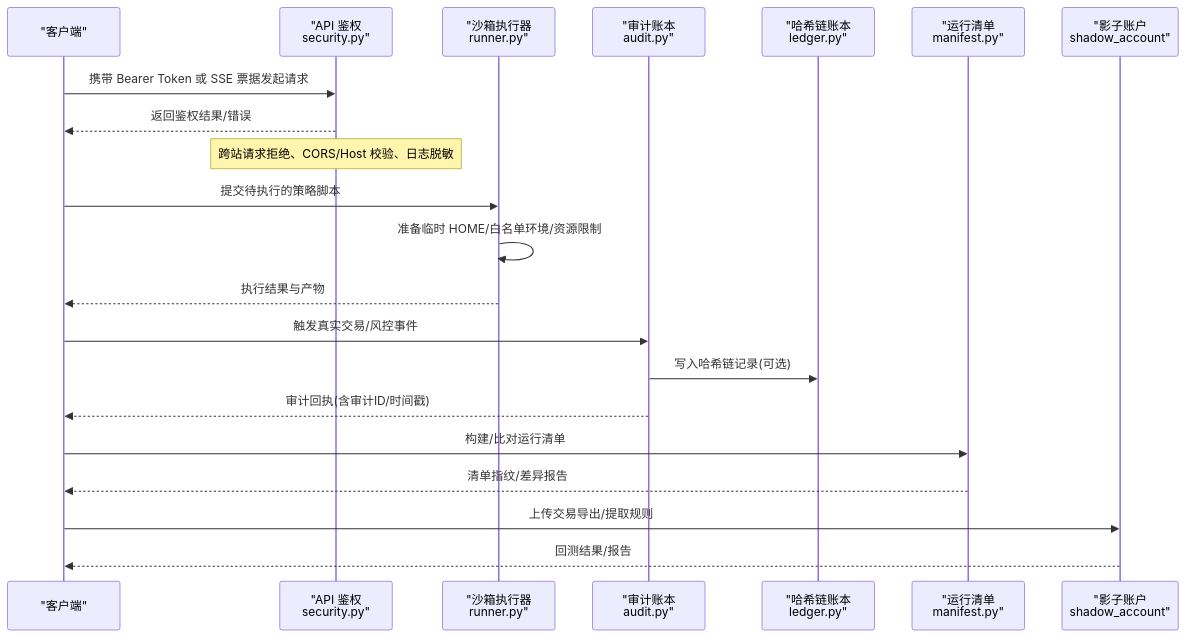
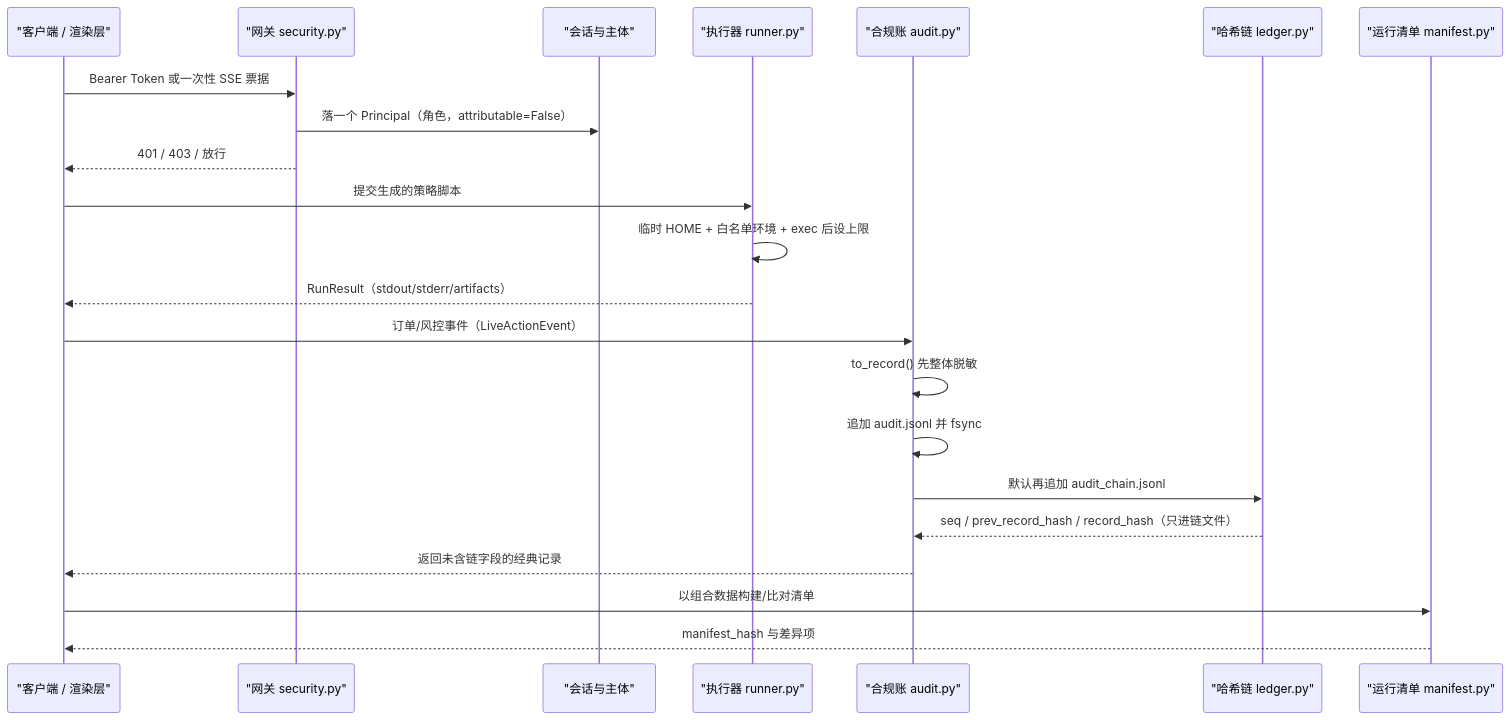
The second of 6 diagrams in repowiki/topics/安全与治理/安全与治理.md (hjfire/vibe-trading-fw), drawn with Mermaid before and after one commit. The commit also changed other lines of this file and 5 other files, not shown here.

````diff
--- a/repowiki/topics/安全与治理/安全与治理.md
+++ b/repowiki/topics/安全与治理/安全与治理.md
@@ -136,23 +145,24 @@
 ```mermaid
 sequenceDiagram
-participant Client as "客户端"
-participant API as "API 鉴权<br/>security.py"
-participant Runner as "沙箱执行器<br/>runner.py"
-participant Audit as "审计账本<br/>audit.py"
-participant Ledger as "哈希链账本<br/>ledger.py"
-participant Manifest as "运行清单<br/>manifest.py"
-participant Shadow as "影子账户<br/>shadow_account"
-Client->>API : 携带 Bearer Token 或 SSE 票据发起请求
-API-->>Client : 返回鉴权结果/错误
-Note over API : 跨站请求拒绝、CORS/Host 校验、日志脱敏
-Client->>Runner : 提交待执行的策略脚本
-Runner->>Runner : 准备临时 HOME/白名单环境/资源限制
-Runner-->>Client : 执行结果与产物
-Client->>Audit : 触发真实交易/风控事件
-Audit->>Ledger : 写入哈希链记录(可选)
-Audit-->>Client : 审计回执(含审计ID/时间戳)
-Client->>Manifest : 构建/比对运行清单
-Manifest-->>Client : 清单指纹/差异报告
-Client->>Shadow : 上传交易导出/提取规则
-Shadow-->>Client : 回测结果/报告
+participant C as "客户端 / 渲染层"
+participant A as "网关 security.py"
+participant P as "会话与主体"
+participant X as "执行器 runner.py"
+participant U as "合规账 audit.py"
+participant H as "哈希链 ledger.py"
+participant F as "运行清单 manifest.py"
+C->>A : Bearer Token 或一次性 SSE 票据
+A->>P : 落一个 Principal（角色，attributable=False）
+A-->>C : 401 / 403 / 放行
+C->>X : 提交生成的策略脚本
+X->>X : 临时 HOME + 白名单环境 + exec 后设上限
+X-->>C : RunResult（stdout/stderr/artifacts）
+C->>U : 订单/风控事件（LiveActionEvent）
+U->>U : to_record() 先整体脱敏
+U->>U : 追加 audit.jsonl 并 fsync
+U->>H : 默认再追加 audit_chain.jsonl
+H-->>U : seq / prev_record_hash / record_hash（只进链文件）
+U-->>C : 返回未含链字段的经典记录
+C->>F : 以组合数据构建/比对清单
+F-->>C : manifest_hash 与差异项
 ```
````
